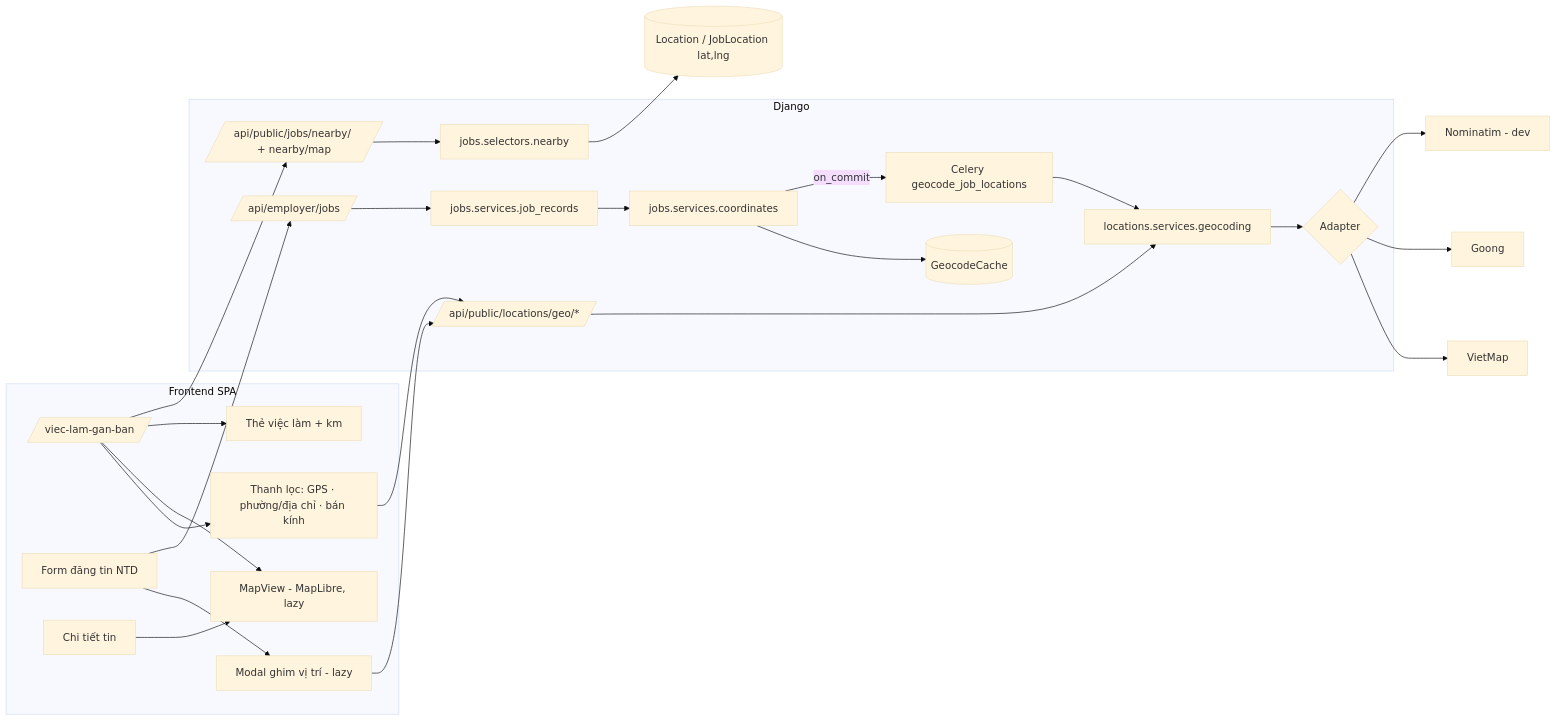
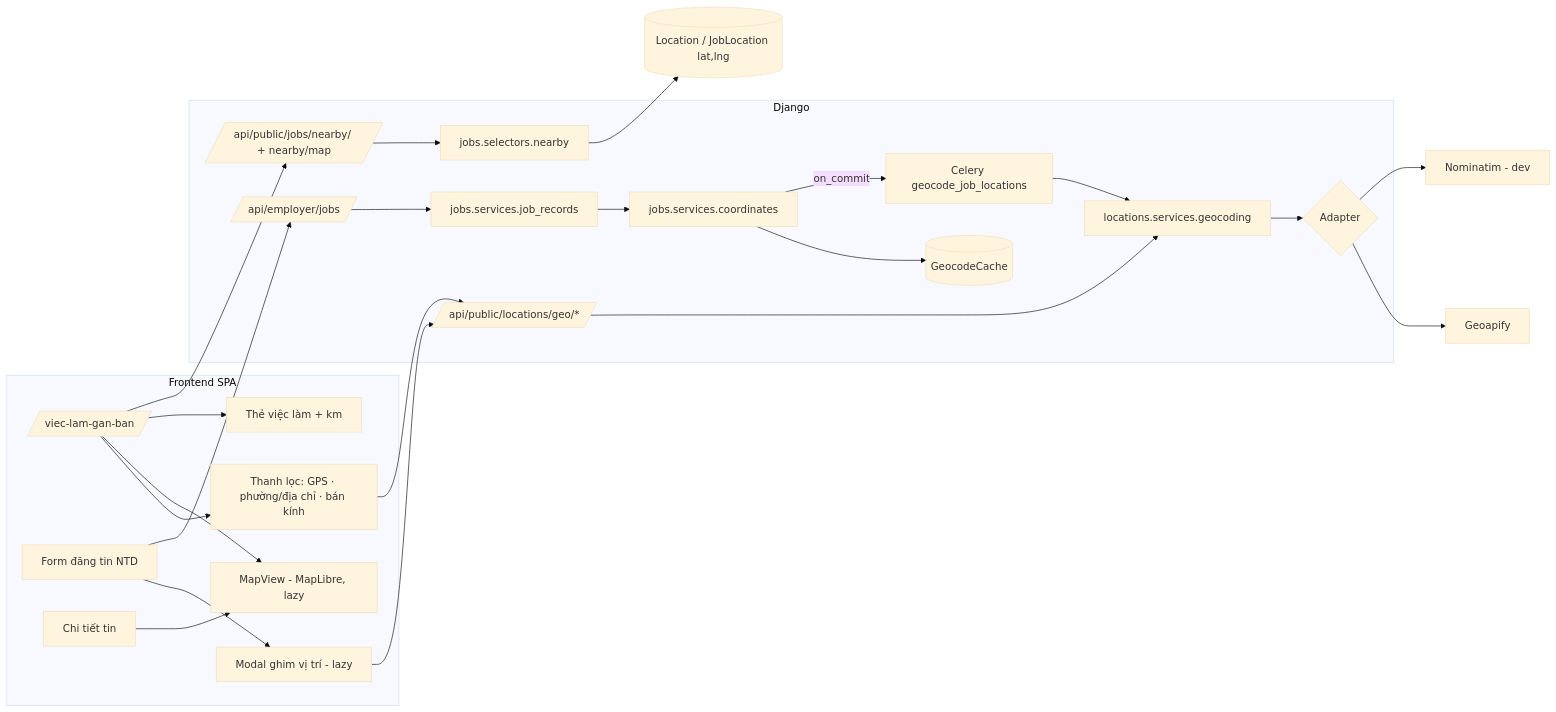
Before and after one commit to VanhauDAU/ai-recruitment-platform: the first of 4 diagrams in docs/01-phan-tich/dac-ta-tim-viec-gan-day.md, drawn with Mermaid (base theme). The commit also changed other lines of this file and 15 other files, not shown here.

First line of the commit message:
refactor(locations): gỡ adapter geocoding VietMap, Goong; chỉ còn Geoapify

````diff
--- a/docs/01-phan-tich/dac-ta-tim-viec-gan-day.md
+++ b/docs/01-phan-tich/dac-ta-tim-viec-gan-day.md
@@ -44,28 +44,27 @@
 ```mermaid
 flowchart LR
   subgraph FE[Frontend SPA]
     P[/viec-lam-gan-ban/] --> LP[Thanh lọc: GPS · phường/địa chỉ · bán kính]
     P --> MAP[MapView - MapLibre, lazy]
     P --> LIST[Thẻ việc làm + km]
     EF[Form đăng tin NTD] --> PIN[Modal ghim vị trí - lazy]
     JD[Chi tiết tin] --> MAP
   end
   subgraph BE[Django]
     GEO[/api/public/locations/geo/*/] --> GS[locations.services.geocoding]
     NB[/api/public/jobs/nearby/ + nearby/map/] --> SEL[jobs.selectors.nearby]
     EJ[/api/employer/jobs/] --> JR[jobs.services.job_records]
     JR --> CO[jobs.services.coordinates]
     CO --> GC[(GeocodeCache)]
     CO -->|on_commit| T[Celery geocode_job_locations]
     T --> GS
     GS --> PRV{Adapter}
   end
-  PRV --> VM[VietMap]
-  PRV --> GO[Goong]
+  PRV --> GA[Geoapify]
   PRV --> NO[Nominatim - dev]
   SEL --> DB[(Location / JobLocation lat,lng)]
   LP --> GEO
   P --> NB
   EF --> EJ
   PIN --> GEO
 ```
````
